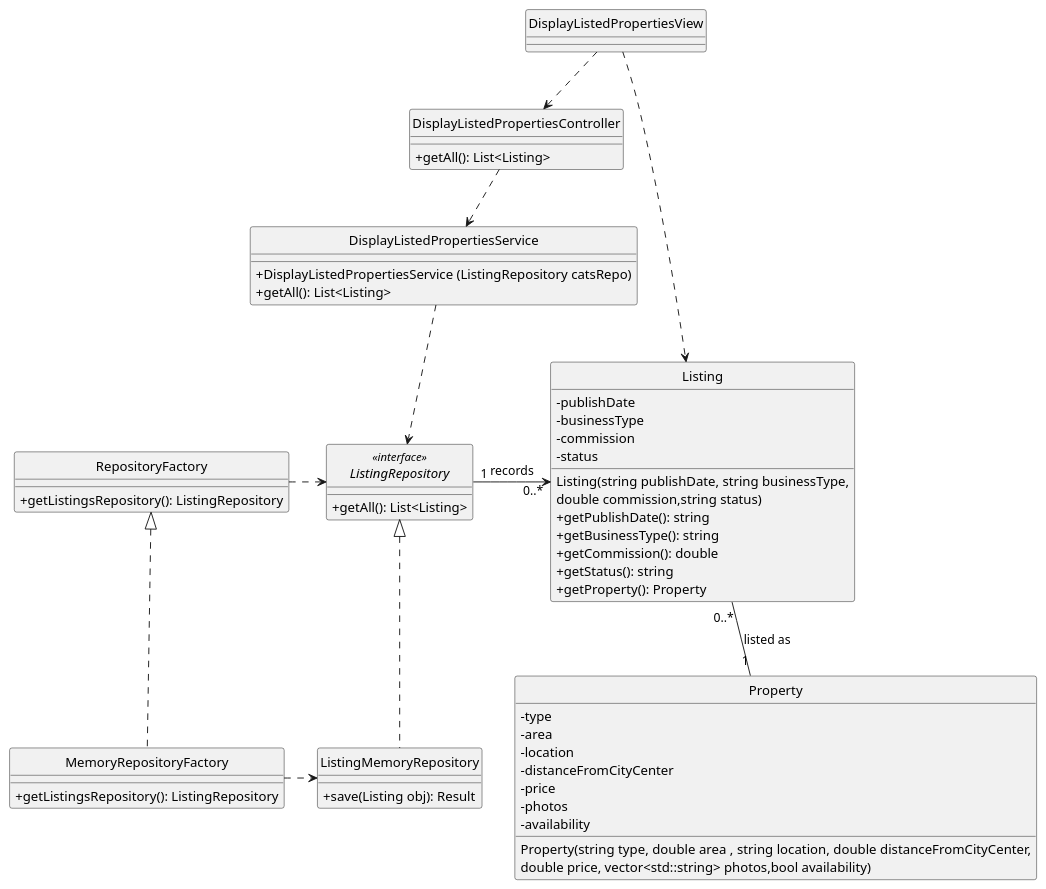
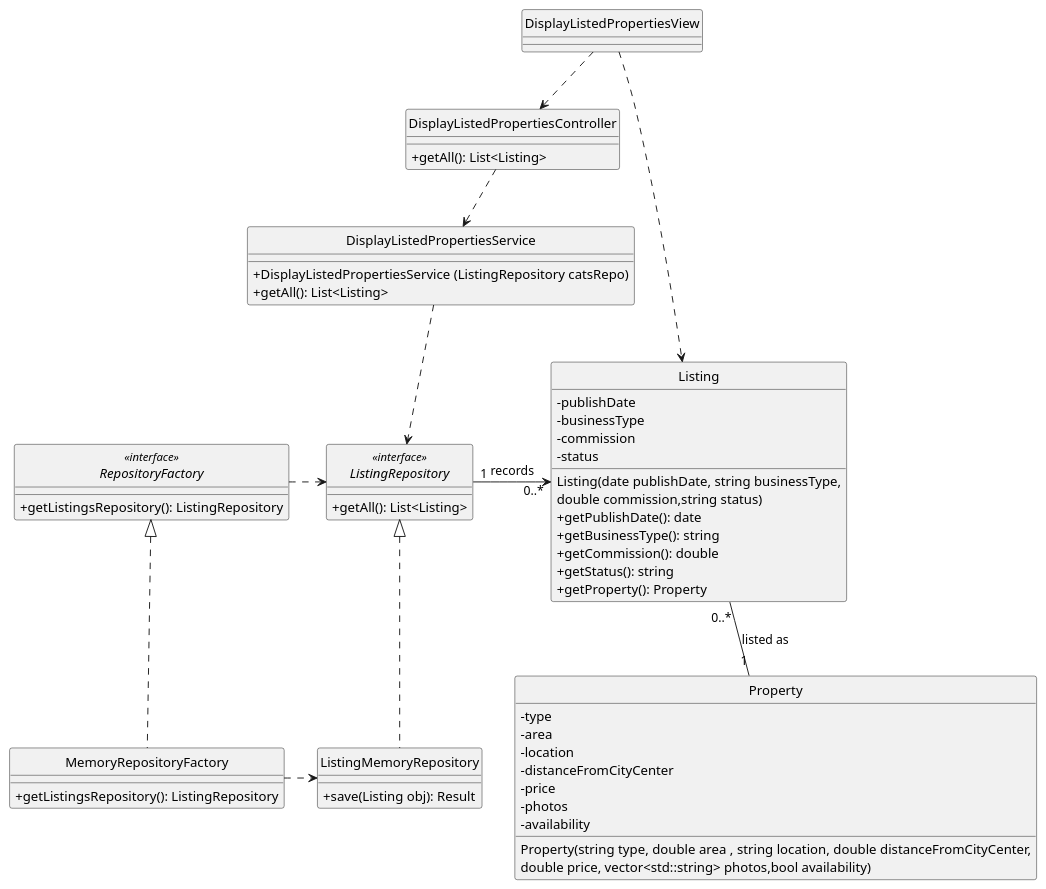
One commit to goncalomaia18/leti-esoft-24-25-A2 changed the diagram in docs/Sprint4/US20/US20-CD.puml. Above: the diagram before and after it, drawn with PlantUML. The commit also changed 4 other files, not shown here.

```diff
--- a/docs/Sprint4/US20/US20-CD.puml
+++ b/docs/Sprint4/US20/US20-CD.puml
@@ -1,72 +1,72 @@
 @startuml
 hide circle
 skinparam classAttributeIconSize 0
 
 class DisplayListedPropertiesView {
 }
 
 class DisplayListedPropertiesController {
   +getAll(): List<Listing>
 }
 
 class DisplayListedPropertiesService {
   + DisplayListedPropertiesService (ListingRepository catsRepo)
   +getAll(): List<Listing>
 }
 
 interface ListingRepository <<interface>> {
   +getAll(): List<Listing>
 }
 
 
 class Listing {
   -publishDate
   -businessType
   -commission
   -status
-  Listing(string publishDate, string businessType,
+  Listing(date publishDate, string businessType,
  double commission,string status)
-  +getPublishDate(): string
+  +getPublishDate(): date
   +getBusinessType(): string
   +getCommission(): double
   +getStatus(): string
   +getProperty(): Property
 }
 
-class RepositoryFactory{
+interface RepositoryFactory <<interface>>{
   +getListingsRepository(): ListingRepository
 }
 class Property {
     -type
     -area
     -location
     -distanceFromCityCenter
     -price
     -photos
     -availability
 
 Property(string type, double area , string location, double distanceFromCityCenter,
 double price, vector<std::string> photos,bool availability)
 }
 class ListingMemoryRepository {
 + save(Listing obj): Result
 }
 
 class MemoryRepositoryFactory {
 + getListingsRepository(): ListingRepository
 }
 
 ListingMemoryRepository .up.|> ListingRepository
 MemoryRepositoryFactory .up.|> RepositoryFactory
 
 MemoryRepositoryFactory .right.> ListingMemoryRepository
 
 
 ListingRepository "1" -right-> "0..*" Listing:  records
 Property "1" -up- "0..*" Listing : listed as
 DisplayListedPropertiesView ..> DisplayListedPropertiesController
 DisplayListedPropertiesController ..> DisplayListedPropertiesService
 DisplayListedPropertiesService ..> ListingRepository
 RepositoryFactory .right.> ListingRepository
 DisplayListedPropertiesView ..> Listing
 @enduml
```
